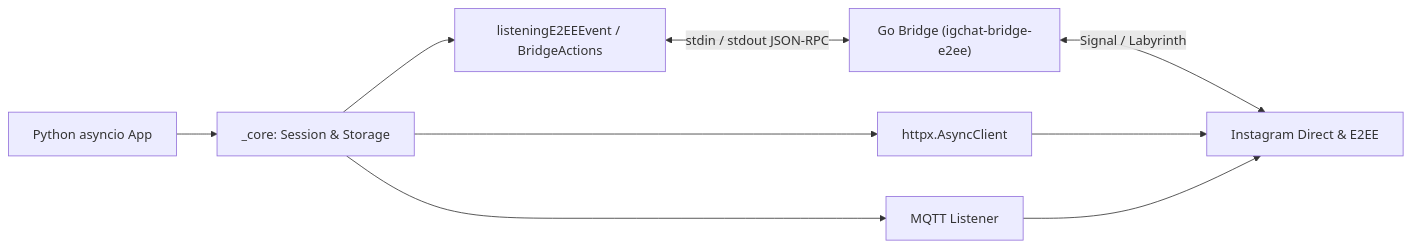
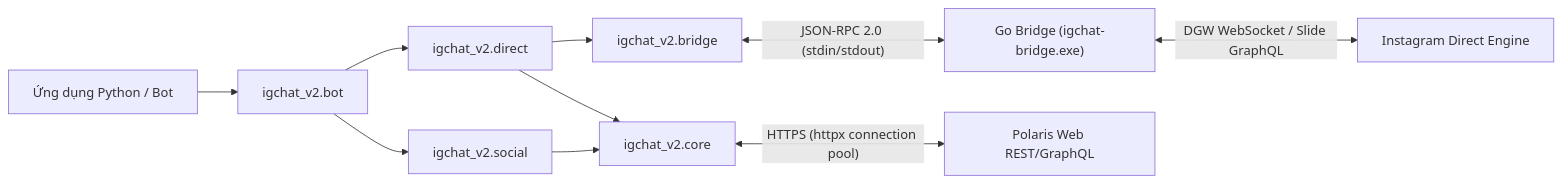
One commit to 0xshijn/igchat-v2 changed the diagram in README.md. Above: the diagram before and after it, drawn with Mermaid. The commit also changed other lines of this file and 246 other files, not shown here.

First line of the commit message:
feat: rebuild genuine Instagram Direct & Polaris GraphQL v3.0.0 architecture

````diff
--- a/README.md
+++ b/README.md
@@ -59,11 +77,14 @@
 ```mermaid
 flowchart LR
-    App["Python asyncio App"] --> Core["_core: Session & Storage"]
-    Core --> HTTP["httpx.AsyncClient"]
-    Core --> MQTT["MQTT Listener"]
-    Core --> BridgePy["listeningE2EEEvent / BridgeActions"]
-    BridgePy <-->|"stdin / stdout JSON-RPC"| BridgeGo["Go Bridge (igchat-bridge-e2ee)"]
-    BridgeGo <-->|"Signal / Labyrinth"| IG["Instagram Direct & E2EE"]
-    HTTP --> IG
-    MQTT --> IG
+    App["Ứng dụng Python / Bot"] --> BotMod["igchat_v2.bot"]
+    BotMod --> DirectMod["igchat_v2.direct"]
+    BotMod --> SocialMod["igchat_v2.social"]
+
+    DirectMod --> BridgeMod["igchat_v2.bridge"]
+    DirectMod --> CoreMod["igchat_v2.core"]
+    SocialMod --> CoreMod
+    
+    BridgeMod <-->|"JSON-RPC 2.0 (stdin/stdout)"| BridgeGo["Go Bridge (igchat-bridge.exe)"]
+    BridgeGo <-->|"DGW WebSocket / Slide GraphQL"| IGDirect["Instagram Direct Engine"]
+    CoreMod <-->|"HTTPS (httpx connection pool)"| IGRest["Polaris Web REST/GraphQL"]
 ```
````
